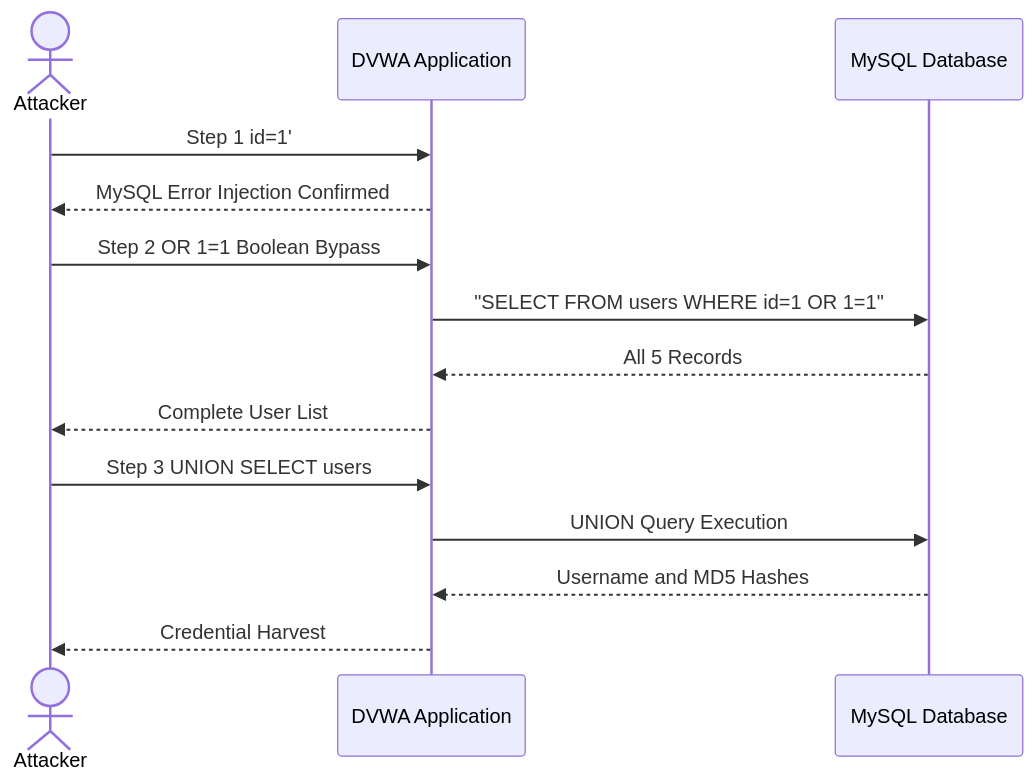
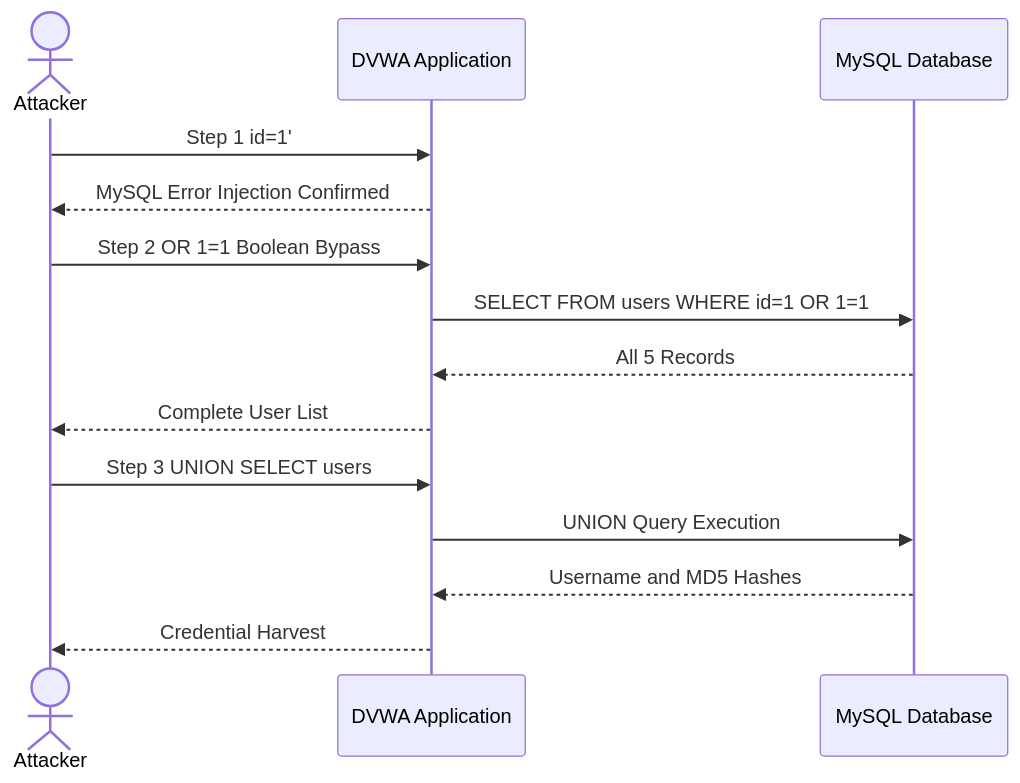
Before and after one commit to InsiyahBhatia/dvwa-web-attack-lab: the second of 2 diagrams in docs/sql-injection.md, drawn with Mermaid. The commit also changed 4 other files, not shown here.

Commit message:
Remove remaining double quotes from sequence diagram messages

````diff
--- a/docs/sql-injection.md
+++ b/docs/sql-injection.md
@@ -122,19 +122,19 @@
 ```mermaid
 sequenceDiagram
     actor Attacker
     participant DVWA as DVWA Application
     participant DB as MySQL Database
     
     Attacker->>DVWA: Step 1 id=1'
     DVWA-->>Attacker: MySQL Error Injection Confirmed
     
     Attacker->>DVWA: Step 2 OR 1=1 Boolean Bypass
-    DVWA->>DB: "SELECT FROM users WHERE id=1 OR 1=1"
+    DVWA->>DB: SELECT FROM users WHERE id=1 OR 1=1
     DB-->>DVWA: All 5 Records
     DVWA-->>Attacker: Complete User List
     
     Attacker->>DVWA: Step 3 UNION SELECT users
     DVWA->>DB: UNION Query Execution
     DB-->>DVWA: Username and MD5 Hashes
     DVWA-->>Attacker: Credential Harvest
 ```
````
